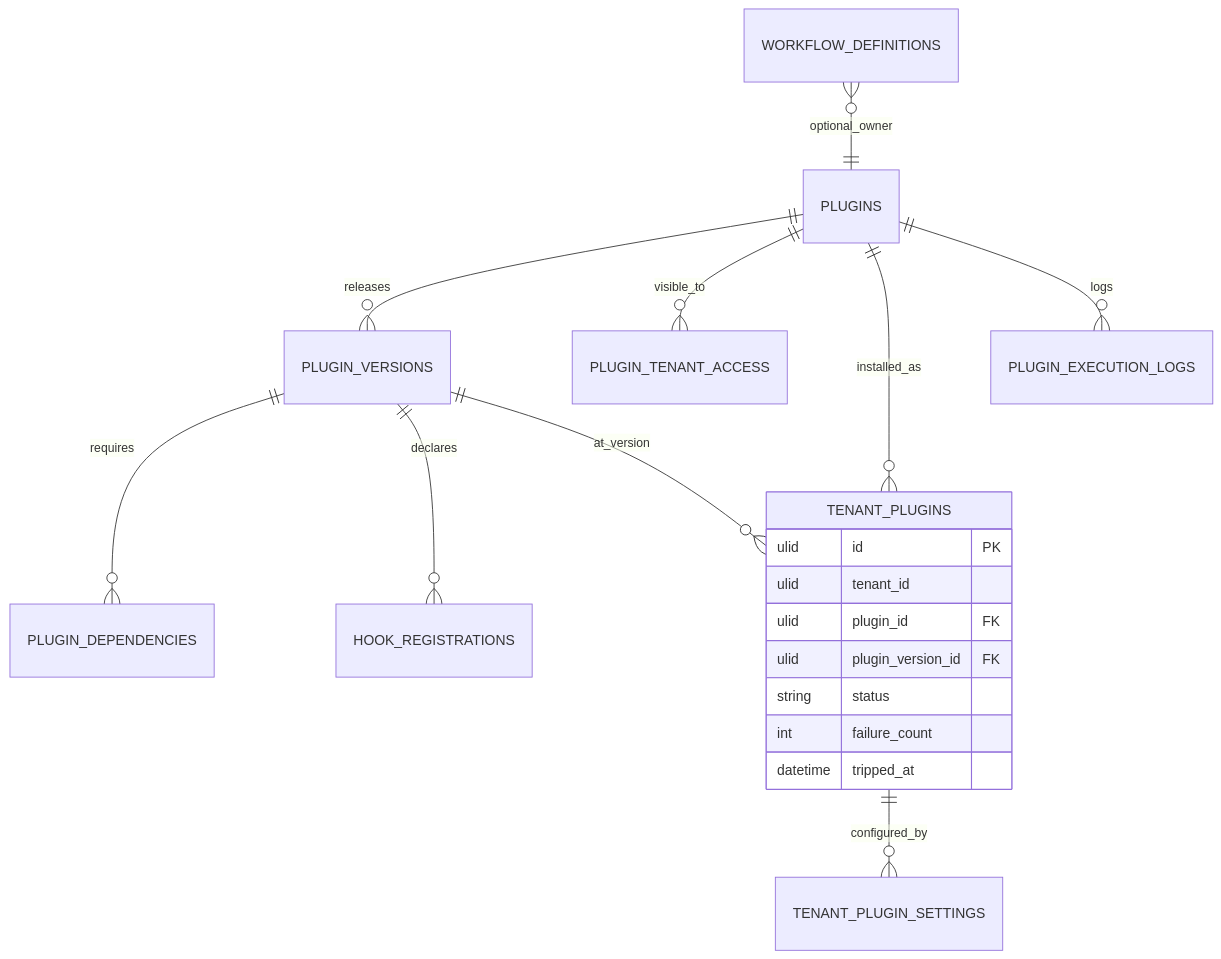
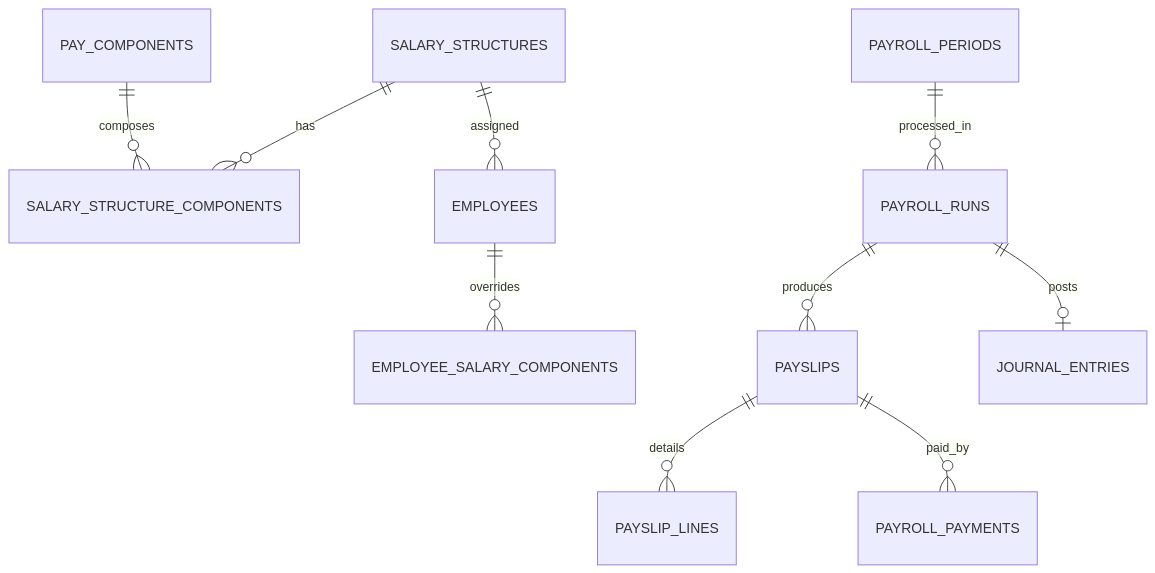
The ninth of 9 diagrams in docs/database.md (hasi94/SASS-POS), drawn with Mermaid before and after one commit. The commit also changed other lines of this file and 5 other files, not shown here.

First line of the commit message:
docs: architecture v0.4 — master database plus one database per tenant

````diff
--- a/docs/database.md
+++ b/docs/database.md
@@ -498,21 +779,12 @@
 ```mermaid
 erDiagram
-  PLUGINS ||--o{ PLUGIN_VERSIONS : releases
-  PLUGIN_VERSIONS ||--o{ PLUGIN_DEPENDENCIES : requires
-  PLUGIN_VERSIONS ||--o{ HOOK_REGISTRATIONS : declares
-  PLUGINS ||--o{ PLUGIN_TENANT_ACCESS : visible_to
-  PLUGINS ||--o{ TENANT_PLUGINS : installed_as
-  PLUGIN_VERSIONS ||--o{ TENANT_PLUGINS : at_version
-  TENANT_PLUGINS ||--o{ TENANT_PLUGIN_SETTINGS : configured_by
-  PLUGINS ||--o{ PLUGIN_EXECUTION_LOGS : logs
-  WORKFLOW_DEFINITIONS }o--|| PLUGINS : optional_owner
-  TENANT_PLUGINS {
-    ulid id PK
-    ulid tenant_id
-    ulid plugin_id FK
-    ulid plugin_version_id FK
-    string status
-    int failure_count
-    datetime tripped_at
-  }
+  PAY_COMPONENTS ||--o{ SALARY_STRUCTURE_COMPONENTS : composes
+  SALARY_STRUCTURES ||--o{ SALARY_STRUCTURE_COMPONENTS : has
+  SALARY_STRUCTURES ||--o{ EMPLOYEES : assigned
+  EMPLOYEES ||--o{ EMPLOYEE_SALARY_COMPONENTS : overrides
+  PAYROLL_PERIODS ||--o{ PAYROLL_RUNS : processed_in
+  PAYROLL_RUNS ||--o{ PAYSLIPS : produces
+  PAYSLIPS ||--o{ PAYSLIP_LINES : details
+  PAYSLIPS ||--o{ PAYROLL_PAYMENTS : paid_by
+  PAYROLL_RUNS ||--o| JOURNAL_ENTRIES : posts
 ```
````
